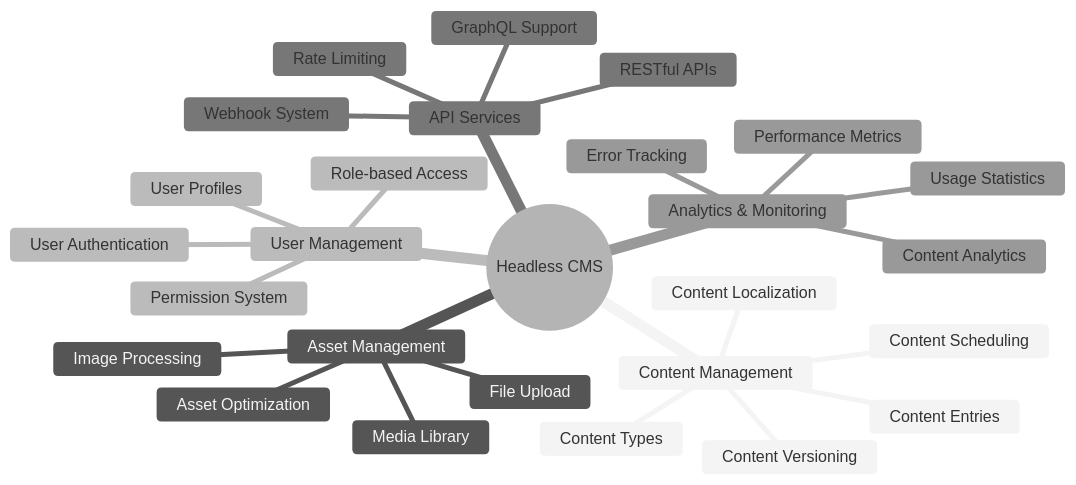
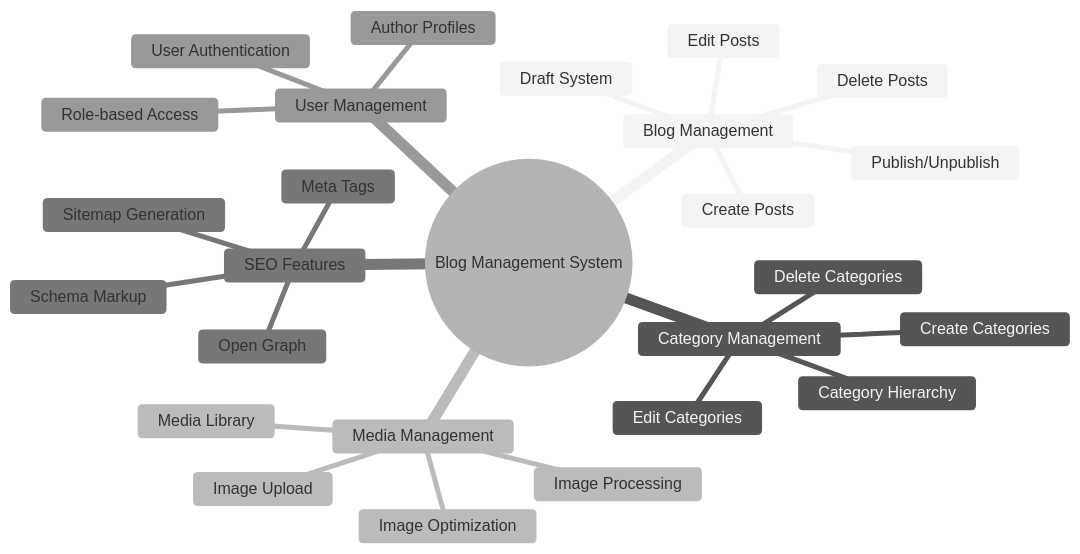
One commit to Dragon745/Content-Management-System changed the second of 16 diagrams in SRS.md. Above: the diagram before and after it, drawn with Mermaid (neutral theme). The commit also changed other lines of this file and 1 other file, not shown here.

````diff
--- a/SRS.md
+++ b/SRS.md
@@ -92,30 +89,29 @@
 ```mermaid
 mindmap
-  root((Headless CMS))
-    Content Management
-      Content Types
-      Content Entries
-      Content Versioning
-      Content Scheduling
-      Content Localization
-    Asset Management
-      File Upload
+  root((Blog Management System))
+    Blog Management
+      Create Posts
+      Edit Posts
+      Delete Posts
+      Draft System
+      Publish/Unpublish
+    Category Management
+      Create Categories
+      Edit Categories
+      Delete Categories
+      Category Hierarchy
+    Media Management
+      Image Upload
       Image Processing
       Media Library
-      Asset Optimization
+      Image Optimization
+    SEO Features
+      Meta Tags
+      Open Graph
+      Schema Markup
+      Sitemap Generation
     User Management
       User Authentication
       Role-based Access
-      Permission System
-      User Profiles
-    API Services
-      RESTful APIs
-      GraphQL Support
-      Webhook System
-      Rate Limiting
-    Analytics & Monitoring
-      Content Analytics
-      Performance Metrics
-      Error Tracking
-      Usage Statistics
+      Author Profiles
 ```
````
